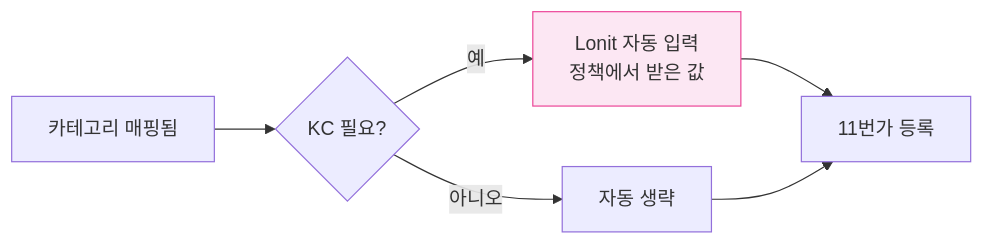
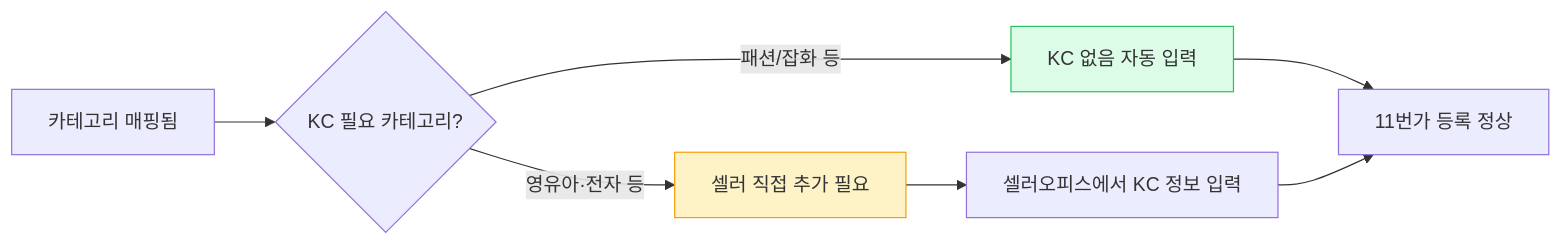
The second of 6 diagrams in docs/04-market-strategy/11st.md (cksdud5785-design/lonit-manual), drawn with Mermaid before and after one commit. The commit also changed other lines of this file and 13 other files, not shown here.

````diff
--- a/docs/04-market-strategy/11st.md
+++ b/docs/04-market-strategy/11st.md
@@ -48,11 +51,13 @@
 ```mermaid
 flowchart LR
-    카테고리[카테고리 매핑됨] --> Need{KC 필요?}
-    Need -->|예| Auto[Lonit 자동 입력<br>정책에서 받은 값]
-    Need -->|아니오| Skip[자동 생략]
+    Cat[카테고리 매핑됨] --> Type{KC 필요 카테고리?}
+    Type -->|패션/잡화 등| Auto[KC 없음 자동 입력]
+    Type -->|영유아·전자 등| Manual[셀러 직접 추가 필요]
     
-    Auto --> Upload[11번가 등록]
-    Skip --> Upload
+    Auto --> Upload[11번가 등록 정상]
+    Manual --> SellerOffice[셀러오피스에서 KC 정보 입력]
+    SellerOffice --> Upload
     
-    style Auto fill:#fce7f3,stroke:#ec4899
+    style Auto fill:#dcfce7,stroke:#22c55e
+    style Manual fill:#fef3c7,stroke:#f59e0b
 ```
````
